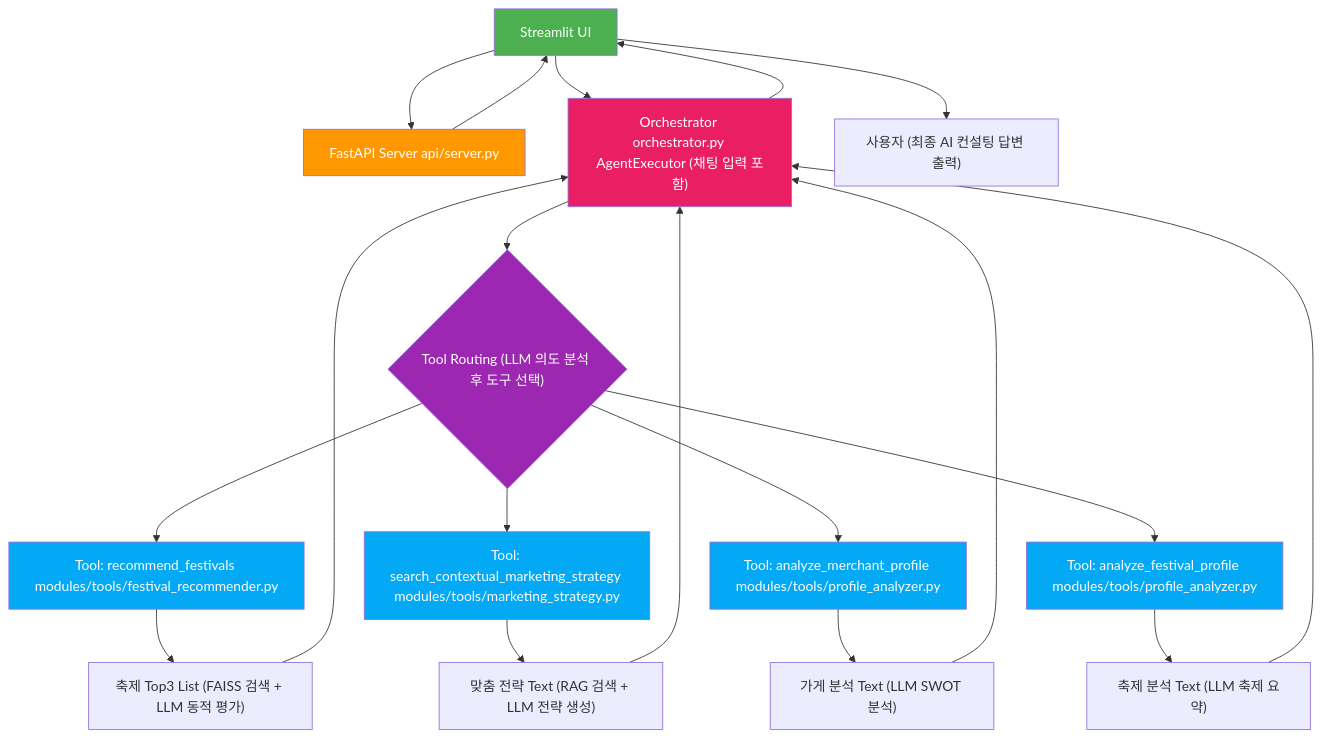
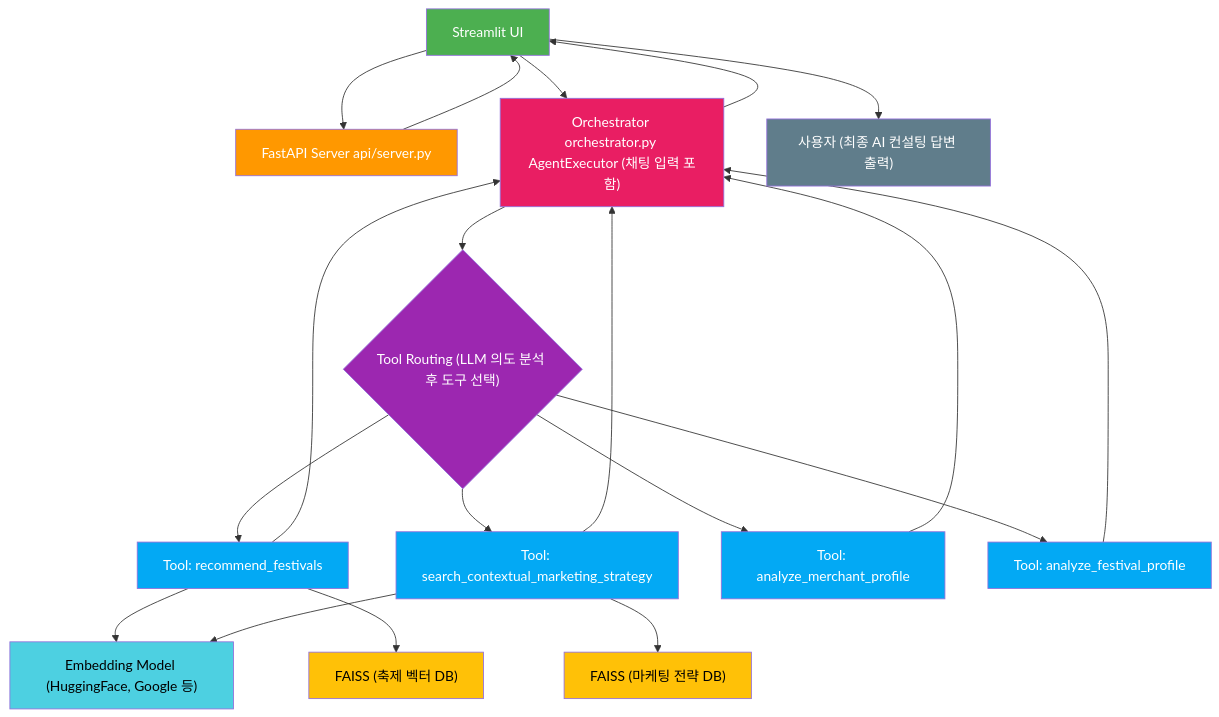
The diagram in README.md (Synapse-Bigcontest/2025_bigcontest), drawn with Mermaid before and after one commit.

````diff
--- a/README.md
+++ b/README.md
@@ -96,38 +96,49 @@
 ``` mermaid
 graph TD
     A["Streamlit UI"] --> B["FastAPI Server api/server.py"]
     B --> A["Streamlit UI"]
     
     A --> C["Orchestrator orchestrator.py AgentExecutor (채팅 입력 포함)"]
     
     C --> D{"Tool Routing (LLM 의도 분석 후 도구 선택)"}
     
-    D --> E["Tool: recommend_festivals modules/tools/festival_recommender.py"]
-    E --> F["축제 Top3 List (FAISS 검색 + LLM 동적 평가)"]
+    %% RAG (축제 추천) 경로
+    D --> E["Tool: recommend_festivals"]
+    E --> EM["Embedding Model (HuggingFace, Google 등)"]
+    E --> VSF["FAISS (축제 벡터 DB)"]
     
-    D --> G["Tool: search_contextual_marketing_strategy modules/tools/marketing_strategy.py"]
-    G --> H["맞춤 전략 Text (RAG 검색 + LLM 전략 생성)"]
+    %% RAG (마케팅 전략) 경로
+    D --> G["Tool: search_contextual_marketing_strategy"]
+    G --> EM
+    G --> VSM["FAISS (마케팅 전략 DB)"]
     
-    D --> I["Tool: analyze_merchant_profile modules/tools/profile_analyzer.py"]
-    I --> J["가게 분석 Text (LLM SWOT 분석)"]
+    %% 기타 분석 도구
+    D --> I["Tool: analyze_merchant_profile"]
+    D --> K["Tool: analyze_festival_profile"]
     
-    D --> K["Tool: analyze_festival_profile modules/tools/profile_analyzer.py"]
-    K --> L["축제 분석 Text (LLM 축제 요약)"]
+    %% 도구 결과 취합
+    E --> C
+    G --> C
+    I --> C
+    K --> C
     
-    F --> C
-    H --> C
-    J --> C
-    L --> C
-    
+    %% 최종 답변
     C --> A
     A --> M["사용자 (최종 AI 컨설팅 답변 출력)"]
 
+    %% --- Styling ---
     style A fill:#4CAF50,color:#fff
     style B fill:#FF9800,color:#fff
     style C fill:#E91E63,color:#fff
     style D fill:#9C27B0,color:#fff
     style E fill:#03A9F4,color:#fff
     style G fill:#03A9F4,color:#fff
     style I fill:#03A9F4,color:#fff
     style K fill:#03A9F4,color:#fff
+    style M fill:#607D8B,color:#fff
+    
+    %% 새로 추가된 노드 스타일
+    style EM fill:#4DD0E1,color:#000
+    style VSF fill:#FFC107,color:#000
+    style VSM fill:#FFC107,color:#000
 ```
````
